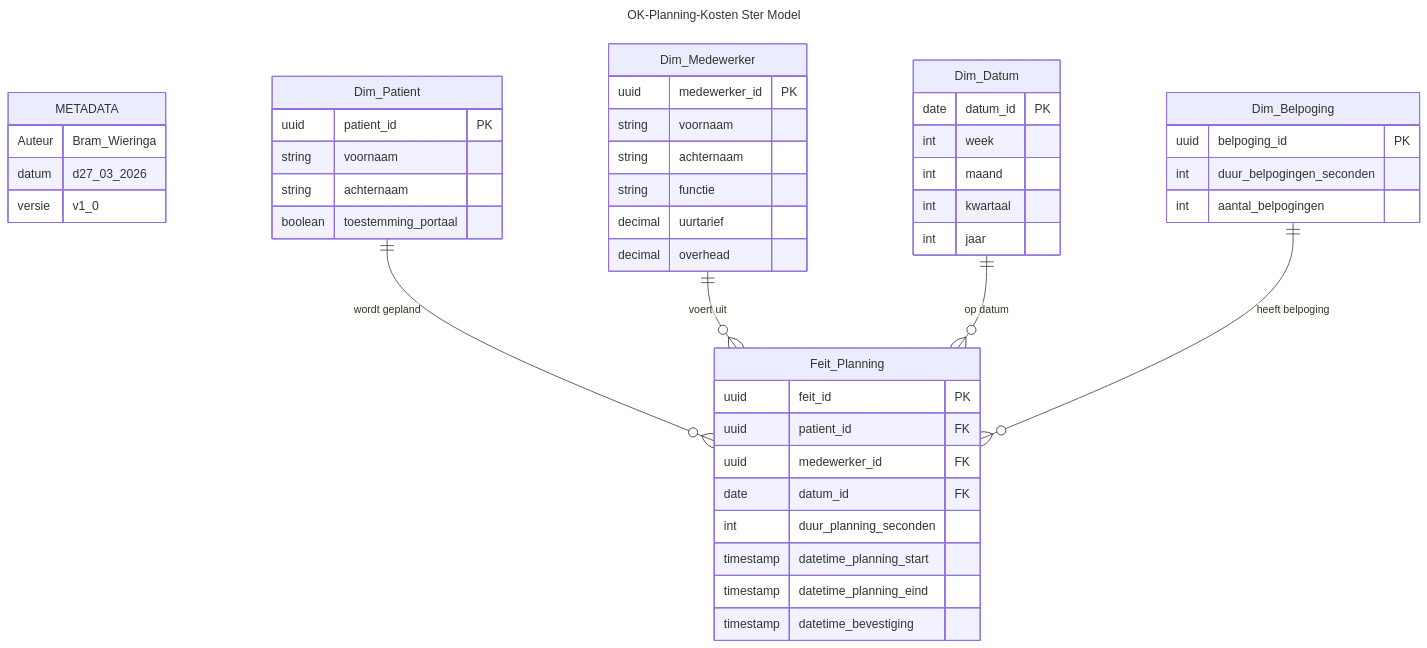
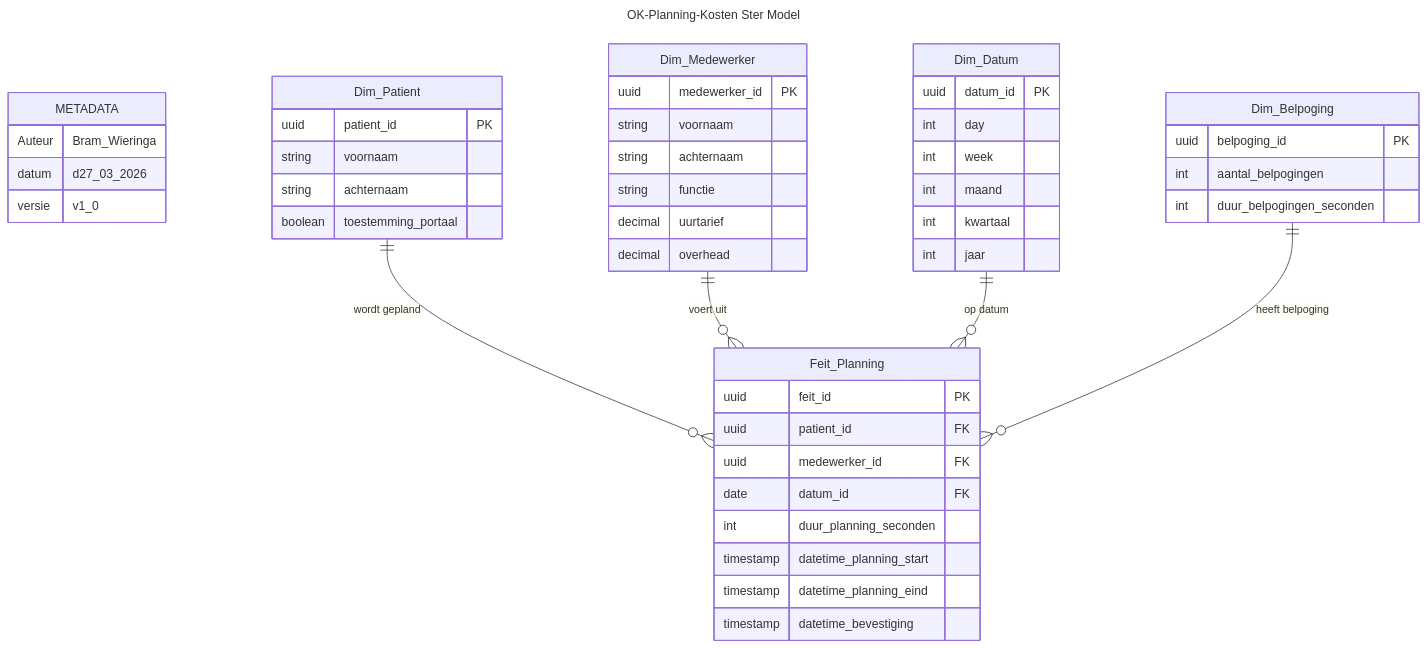
Before and after one commit to Boomstreek/StudieFontys: the diagram in Sem02/Challenge01/IndividueelProject_1b/02 Design/OK-Planning Kosten - Ster Model.md, drawn with Mermaid. The commit also changed 39 other files, not shown here.

````diff
--- a/Sem02/Challenge01/IndividueelProject_1b/02 Design/OK-Planning Kosten - Ster Model.md
+++ b/Sem02/Challenge01/IndividueelProject_1b/02 Design/OK-Planning Kosten - Ster Model.md
@@ -1,57 +1,58 @@
 ```mermaid
 ---
 title: OK-Planning-Kosten Ster Model
 ---
 erDiagram
     METADATA {
 	    Auteur Bram_Wieringa
 	    datum d27_03_2026
 	    versie v1_0
     }
     
 	Dim_Patient {
 		uuid patient_id PK
 		string voornaam
 		string achternaam
 		boolean toestemming_portaal
 	}
 	
 	Dim_Medewerker {
 		uuid medewerker_id PK
 		string voornaam
 		string achternaam
 		string functie
 		decimal uurtarief
 		decimal overhead
 	}
 	
 	Dim_Datum {
-		date datum_id PK
+		uuid datum_id PK
+		int day
 		int week
 		int maand
 		int kwartaal
 		int jaar
 	}
 	
 	Dim_Belpoging {
 		uuid belpoging_id PK
+		int aantal_belpogingen
 		int duur_belpogingen_seconden
-		int aantal_belpogingen
 	}
 	
 	Feit_Planning {
 		uuid feit_id PK
 		uuid patient_id FK
 		uuid medewerker_id FK
 		date datum_id FK
 		int duur_planning_seconden
 		timestamp datetime_planning_start
 		timestamp datetime_planning_eind
 		timestamp datetime_bevestiging
 	}
 	
 	Dim_Patient    ||--o{ Feit_Planning : "wordt gepland"
 	Dim_Medewerker ||--o{ Feit_Planning : "voert uit"
 	Dim_Datum      ||--o{ Feit_Planning : "op datum"
 	Dim_Belpoging   ||--o{ Feit_Planning : "heeft belpoging"
 ```
````
